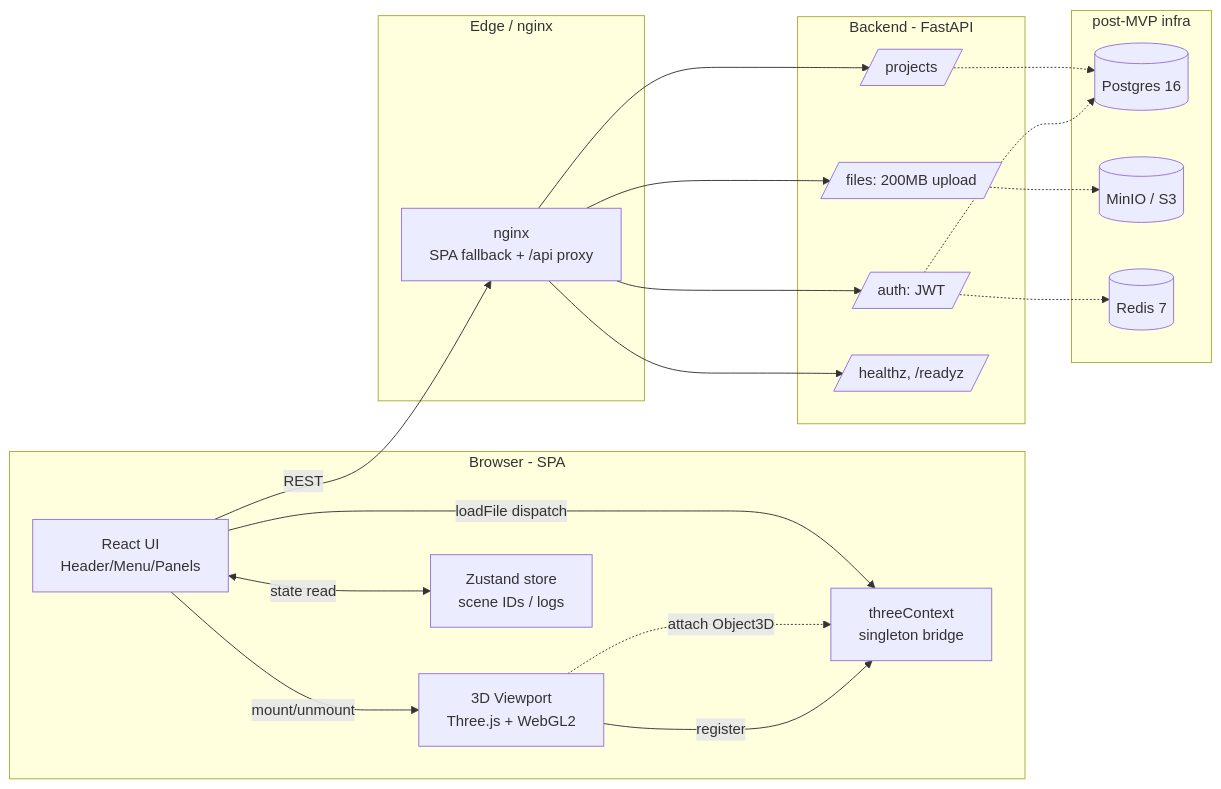
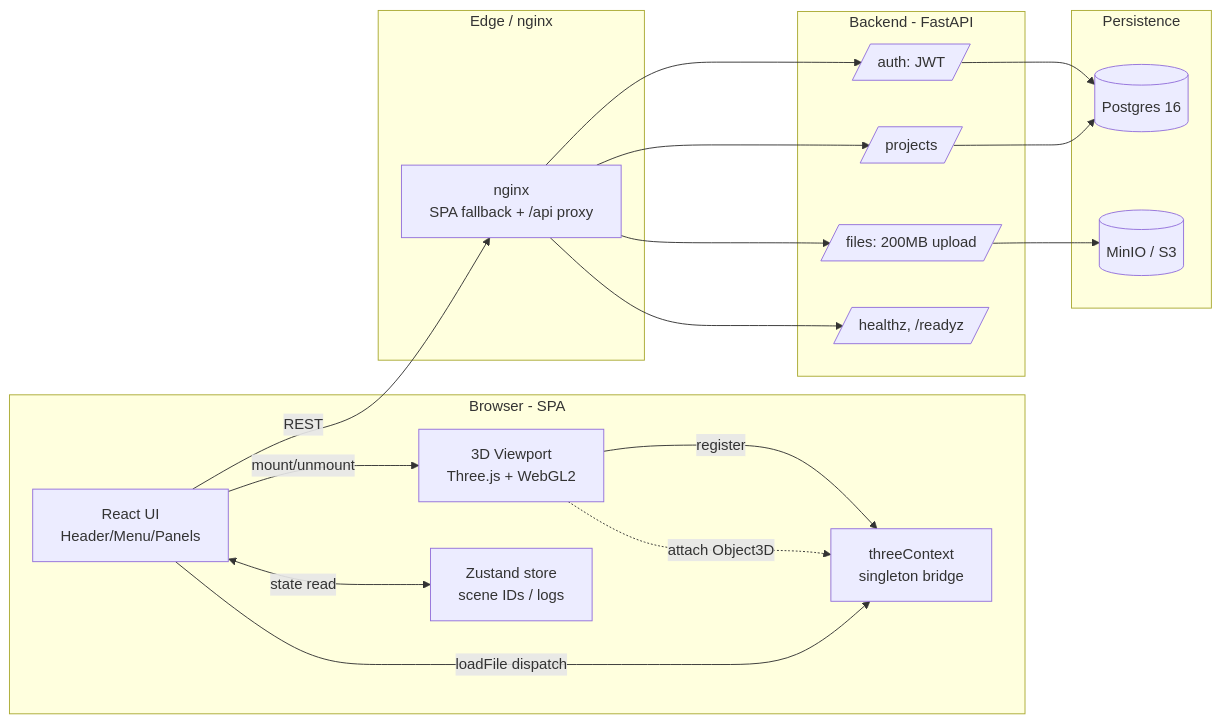
The first of 3 diagrams in docs/ARCHITECTURE.md (Kensan196948G/ArcSphere3D), drawn with Mermaid before and after one commit. The commit also changed other lines of this file and 3 other files, not shown here.

First line of the commit message:
docs: sync ARCHITECTURE/SECURITY/README to reflect RS256+Postgres+MinIO reality

````diff
--- a/docs/ARCHITECTURE.md
+++ b/docs/ARCHITECTURE.md
@@ -7,38 +7,36 @@
 ```mermaid
 flowchart LR
     subgraph Client[Browser - SPA]
       UI[React UI<br/>Header/Menu/Panels]
       VP[3D Viewport<br/>Three.js + WebGL2]
       ZS[Zustand store<br/>scene IDs / logs]
       TC[threeContext<br/>singleton bridge]
     end
 
     subgraph Edge[Edge / nginx]
       NGINX[nginx<br/>SPA fallback + /api proxy]
     end
 
     subgraph API[Backend - FastAPI]
       AUTH[/auth: JWT/]
       PROJ[/projects/]
       FILE[/files: 200MB upload/]
       HEALTH[/healthz, /readyz/]
     end
 
-    subgraph Infra[post-MVP infra]
+    subgraph Infra[Persistence]
       PG[(Postgres 16)]
       MINIO[(MinIO / S3)]
-      REDIS[(Redis 7)]
     end
 
     UI <-->|state read| ZS
     UI -->|mount/unmount| VP
     VP -->|register| TC
     VP -.->|attach Object3D| TC
     UI -->|loadFile dispatch| TC
     UI -->|REST| NGINX
     NGINX --> AUTH & PROJ & FILE & HEALTH
-    AUTH -.-> PG
-    FILE -.-> MINIO
-    PROJ -.-> PG
-    AUTH -.-> REDIS
+    AUTH --> PG
+    FILE --> MINIO
+    PROJ --> PG
 ```
````
